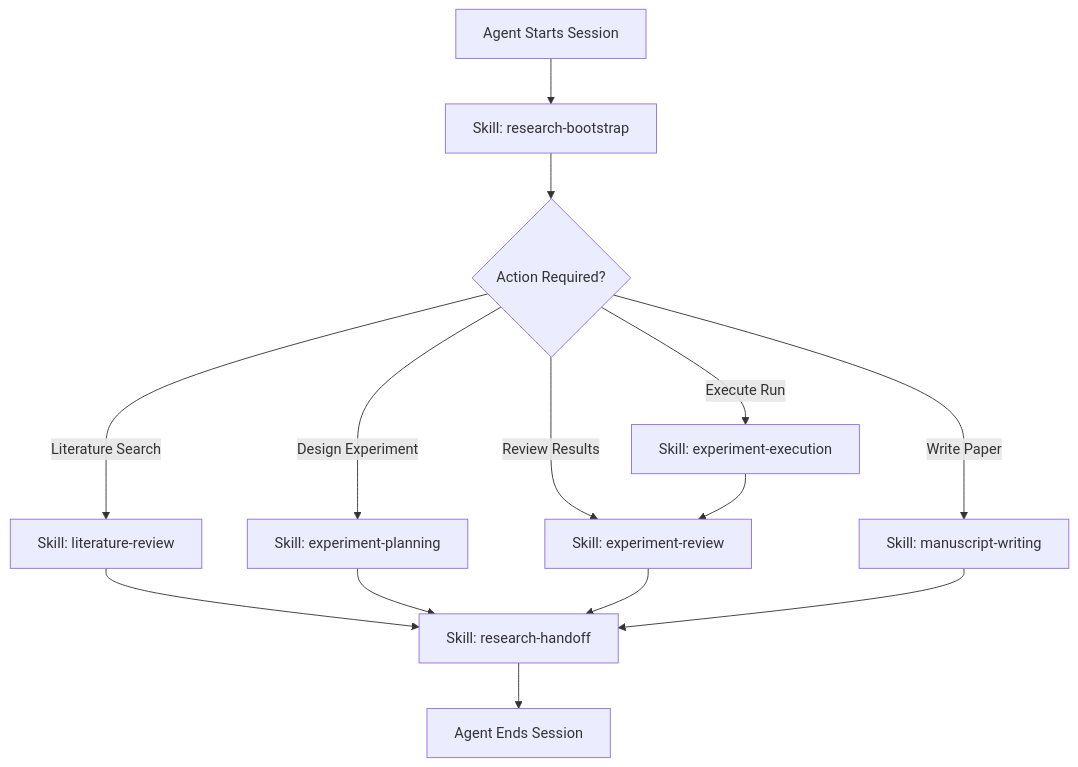
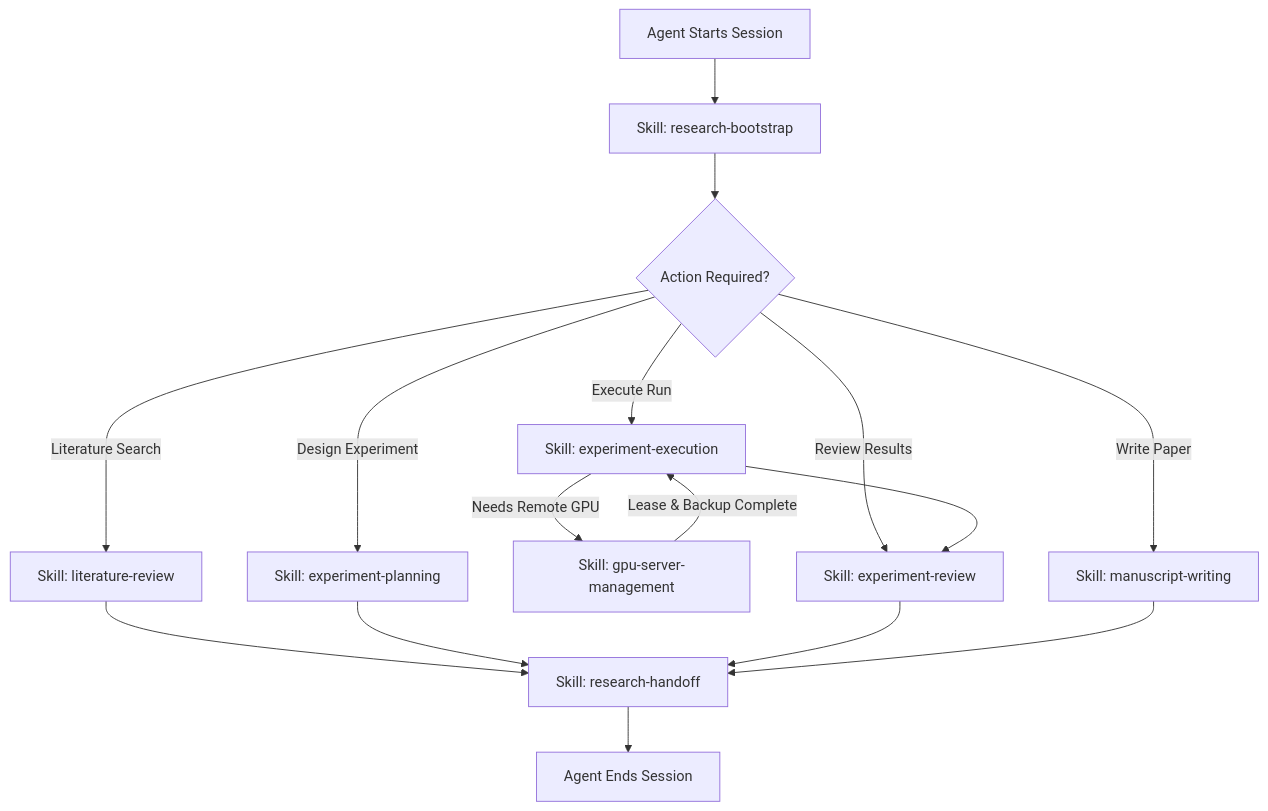
The diagram in AGENTS.md (ixijxjgxidj-cmd/ResearchOS), drawn with Mermaid before and after one commit. The commit also changed other lines of this file and 4 other files, not shown here.

Commit message:
docs(skills): reference gpu-server-management skill across workflow and execution protocols

````diff
--- a/AGENTS.md
+++ b/AGENTS.md
@@ -36,16 +36,18 @@
 ```mermaid
 flowchart TD
     A["Agent Starts Session"] --> B["Skill: research-bootstrap"]
     B --> C{"Action Required?"}
     C -->|"Literature Search"| D["Skill: literature-review"]
     C -->|"Design Experiment"| E["Skill: experiment-planning"]
     C -->|"Execute Run"| F["Skill: experiment-execution"]
+    F -->|"Needs Remote GPU"| F_GPU["Skill: gpu-server-management"]
+    F_GPU -->|"Lease & Backup Complete"| F
     C -->|"Review Results"| G["Skill: experiment-review"]
     C -->|"Write Paper"| H["Skill: manuscript-writing"]
     D --> I["Skill: research-handoff"]
     E --> I
     F --> G
     G --> I
     H --> I
     I --> J["Agent Ends Session"]
 ```
````
